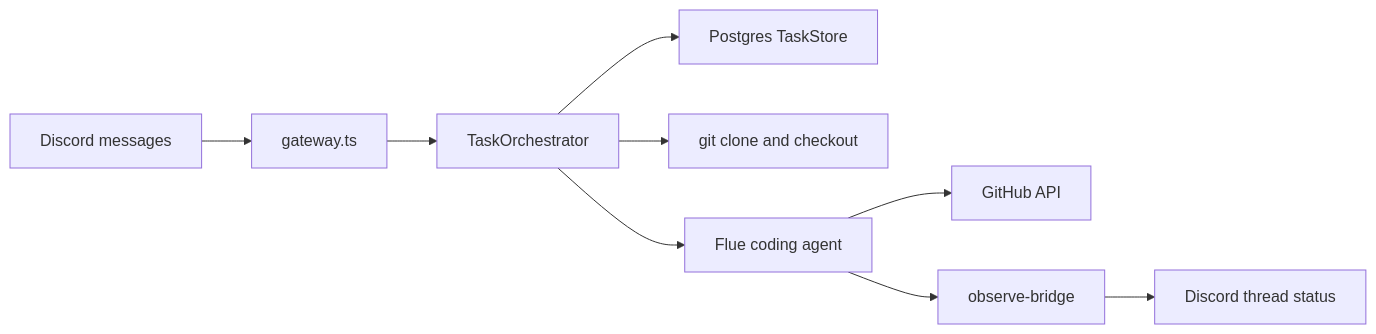
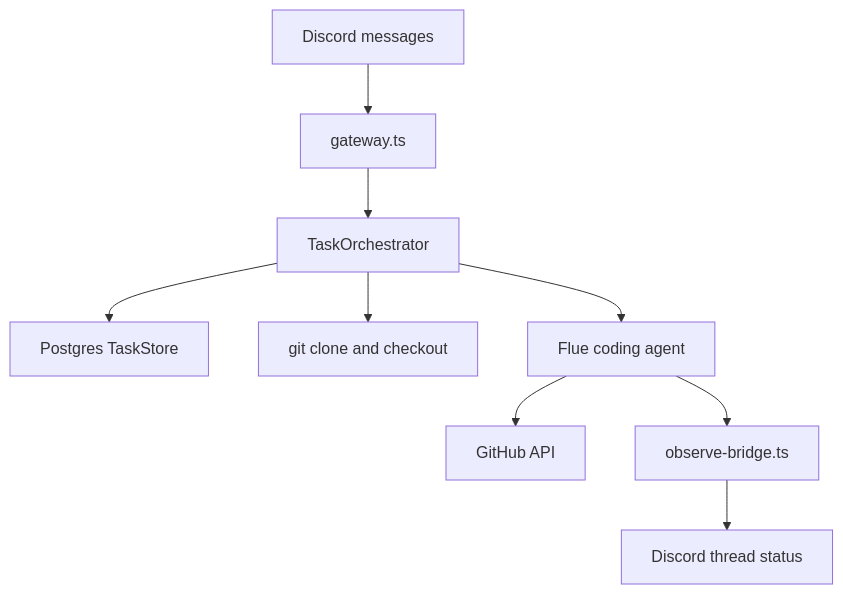
One commit to prathamdby/threadcord changed the diagram in README.md. Above: the diagram before and after it, drawn with Mermaid.

Commit message:
docs: fix README mermaid diagram for GitHub rendering

````diff
--- a/README.md
+++ b/README.md
@@ -166,11 +166,11 @@
 ```mermaid
-flowchart LR
-  Discord[Discord messages] --> Gateway[gateway.ts]
-  Gateway --> Orchestrator[TaskOrchestrator]
-  Orchestrator --> Store[Postgres TaskStore]
-  Orchestrator --> Bootstrap[git clone and checkout]
-  Orchestrator --> Flue[Flue coding agent]
-  Flue --> GitHub[GitHub API]
-  Flue --> Observe[observe-bridge]
-  Observe --> Thread[Discord thread status]
+flowchart TD
+  discord["Discord messages"] --> gateway["gateway.ts"]
+  gateway --> orchestrator["TaskOrchestrator"]
+  orchestrator --> store["Postgres TaskStore"]
+  orchestrator --> bootstrap["git clone and checkout"]
+  orchestrator --> flue["Flue coding agent"]
+  flue --> githubApi["GitHub API"]
+  flue --> observe["observe-bridge.ts"]
+  observe --> thread["Discord thread status"]
 ```
````
